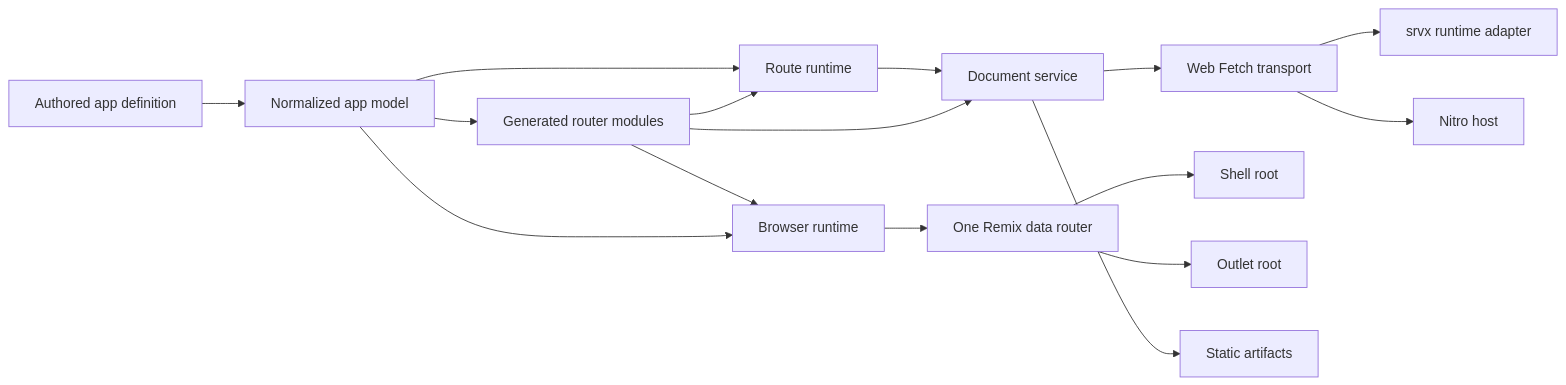
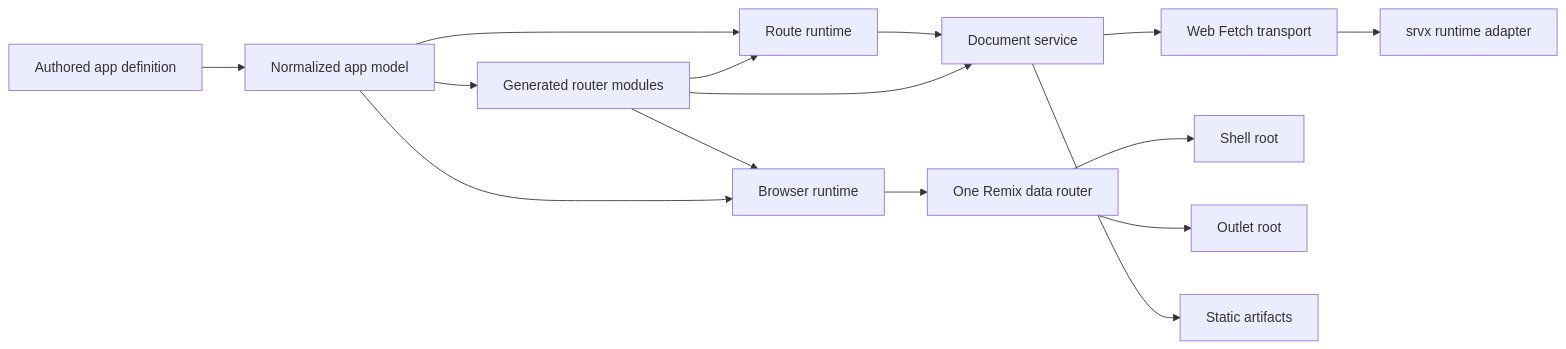
One commit to aleclarson/flamefront changed the diagram in design/architecture.md. Above: the diagram before and after it, drawn with Mermaid. The commit also changed other lines of this file and 8 other files, not shown here.

````diff
--- a/design/architecture.md
+++ b/design/architecture.md
@@ -12,32 +11,30 @@
 ```mermaid
 flowchart LR
   Manifest[Authored app definition]
   Model[Normalized app model]
   Generated[Generated router modules]
   Runtime[Route runtime]
   Documents[Document service]
   Fetch[Web Fetch transport]
   Srvx[srvx runtime adapter]
-  Nitro[Nitro host]
   Browser[Browser runtime]
   Router[One Remix data router]
   ShellRoot[Shell root]
   OutletRoot[Outlet root]
   Build[Static artifacts]
 
   Manifest --> Model
   Model --> Generated
   Model --> Runtime
   Generated --> Runtime
   Runtime --> Documents
   Generated --> Documents
   Documents --> Fetch
   Fetch --> Srvx
-  Fetch --> Nitro
   Generated --> Browser
   Model --> Browser
   Browser --> Router
   Router --> ShellRoot
   Router --> OutletRoot
   Documents --> Build
 ```
````
